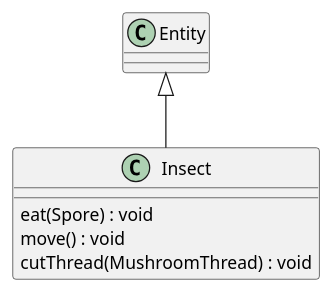
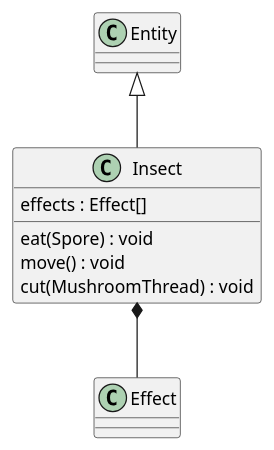
Before and after one commit to Petya-G/fungorium: the diagram in 3/classes/insect.puml, drawn with PlantUML. The commit also changed 8 other files, not shown here.

```diff
--- a/3/classes/insect.puml
+++ b/3/classes/insect.puml
@@ -1,9 +1,11 @@
 @startuml insect
 
 Entity <|-- Insect
+Insect *-- Effect
 class Insect{
+    effects : Effect[]
     eat(Spore) : void
     move() : void
-    cutThread(MushroomThread) : void
+    cut(MushroomThread) : void
 }
 @enduml
```
